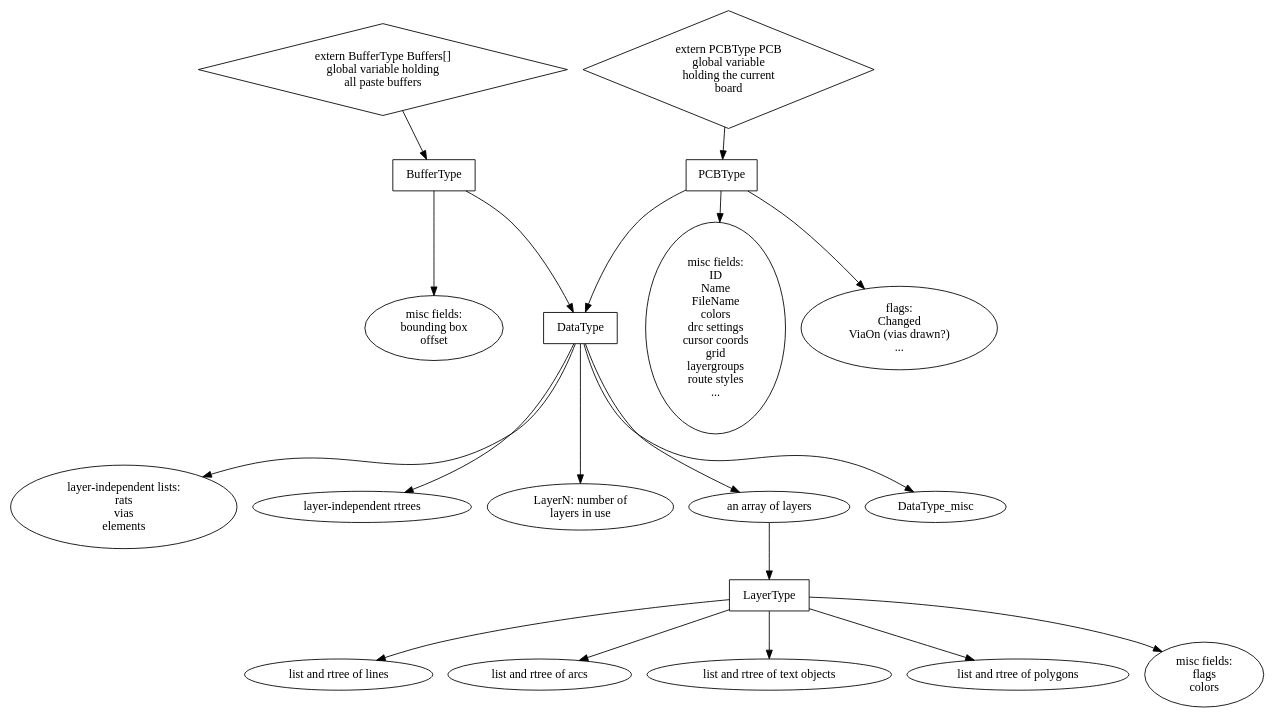
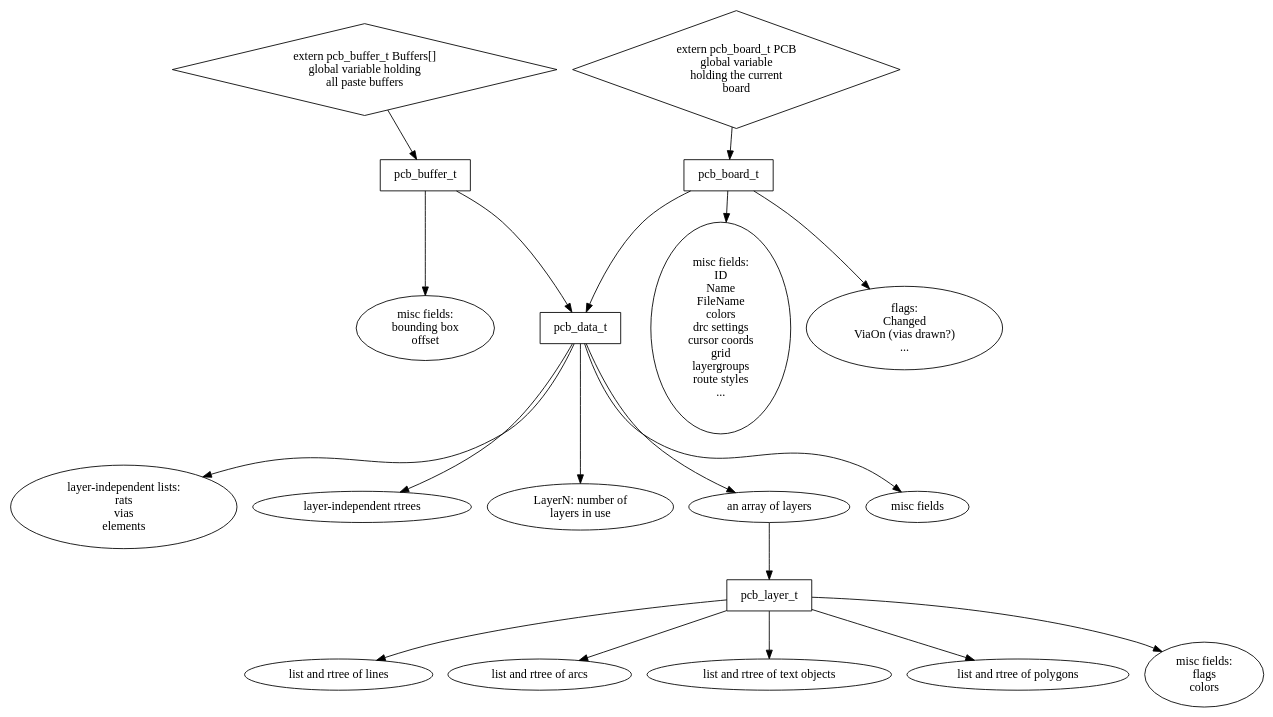
One commit to NoSuchProcess/pcb-rnd changed the diagram in doc-rnd/hacking/src/data1.dot. Above: the diagram before and after it, drawn with Graphviz. The commit also changed 1 other file, not shown here.

```diff
--- a/doc-rnd/hacking/src/data1.dot
+++ b/doc-rnd/hacking/src/data1.dot
@@ -1,47 +1,48 @@
 digraph pcb_data {
 	PCBType_misc [label="misc fields:\nID\nName\nFileName\ncolors\ndrc settings\ncursor coords\ngrid\nlayergroups\nroute styles\n..."]
 	PCBType_flags [label="flags:\nChanged\nViaOn (vias drawn?)\n..."]
-	PCBType -> PCBType_misc
-	PCBType -> PCBType_flags
-	PCBType -> DataType
-	PCBType [shape=box]
+	pcb_board_t -> PCBType_misc
+	pcb_board_t -> PCBType_flags
+	pcb_board_t -> pcb_data_t
+	pcb_board_t [shape=box]
 
-	PCB [label="extern PCBType PCB\nglobal variable\nholding the current\nboard" shape=diamond]
-	PCB -> PCBType
+	PCB [label="extern pcb_board_t PCB\nglobal variable\nholding the current\nboard" shape=diamond]
+	PCB -> pcb_board_t
 
-	Buffers [label="extern BufferType Buffers[]\nglobal variable holding\nall paste buffers" shape=diamond]
-	Buffers -> BufferType
+	Buffers [label="extern pcb_buffer_t Buffers[]\nglobal variable holding\nall paste buffers" shape=diamond]
+	Buffers -> pcb_buffer_t
 
 	BufferType_misc [label="misc fields:\nbounding box\noffset"]
-	BufferType -> BufferType_misc
-	BufferType -> DataType
-	BufferType [shape=box]
+	pcb_buffer_t -> BufferType_misc
+	pcb_buffer_t -> pcb_data_t
+	pcb_buffer_t [shape=box]
 
 	DataType_lists [label="layer-independent lists:\nrats\nvias\nelements"]
 	DataType_rtrees [label="layer-independent rtrees"]
 	DataType_LayerN [label="LayerN: number of\nlayers in use"]
 	DataType_layers [label="an array of layers"]
+	DataType_misc [label="misc fields"]
 
-	DataType -> DataType_misc
-	DataType -> DataType_LayerN
-	DataType -> DataType_layers
-	DataType -> DataType_lists
-	DataType -> DataType_rtrees
-	DataType [shape=box]
+	pcb_data_t -> DataType_misc
+	pcb_data_t -> DataType_LayerN
+	pcb_data_t -> DataType_layers
+	pcb_data_t -> DataType_lists
+	pcb_data_t -> DataType_rtrees
+	pcb_data_t [shape=box]
 
-	DataType_layers -> LayerType
+	DataType_layers -> pcb_layer_t
 
 
 	LayerType_lines [label="list and rtree of lines"]
 	LayerType_arcs [label="list and rtree of arcs"]
 	LayerType_texts [label="list and rtree of text objects"]
 	LayerType_polygons [label="list and rtree of polygons"]
 	LayerType_misc [label="misc fields:\nflags\ncolors"]
 
-	LayerType -> LayerType_misc
-	LayerType -> LayerType_lines
-	LayerType -> LayerType_arcs
-	LayerType -> LayerType_texts
-	LayerType -> LayerType_polygons
-	LayerType [shape=box]
+	pcb_layer_t -> LayerType_misc
+	pcb_layer_t -> LayerType_lines
+	pcb_layer_t -> LayerType_arcs
+	pcb_layer_t -> LayerType_texts
+	pcb_layer_t -> LayerType_polygons
+	pcb_layer_t [shape=box]
 }
```
